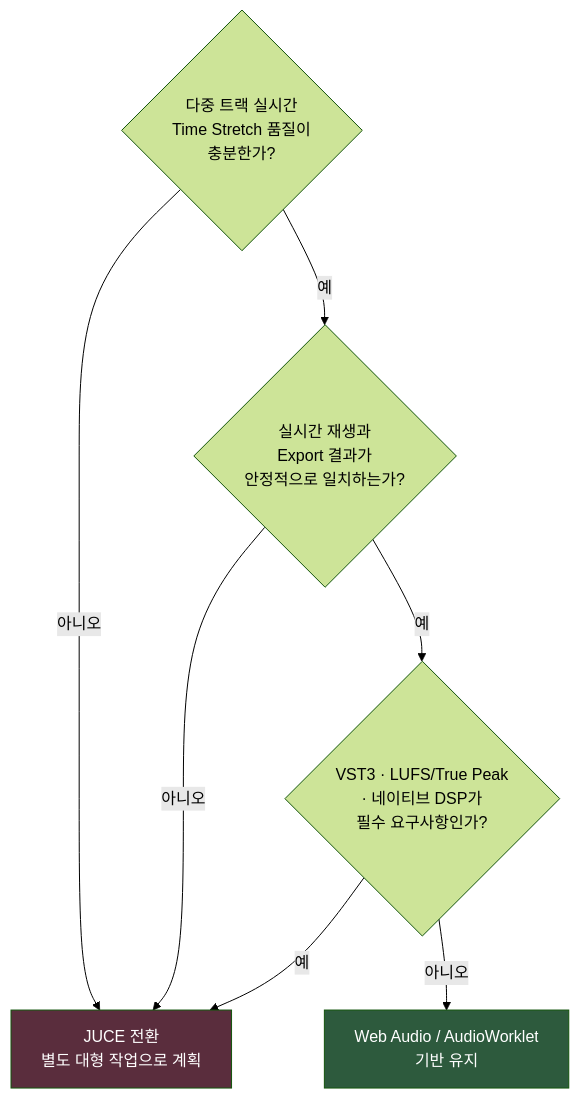
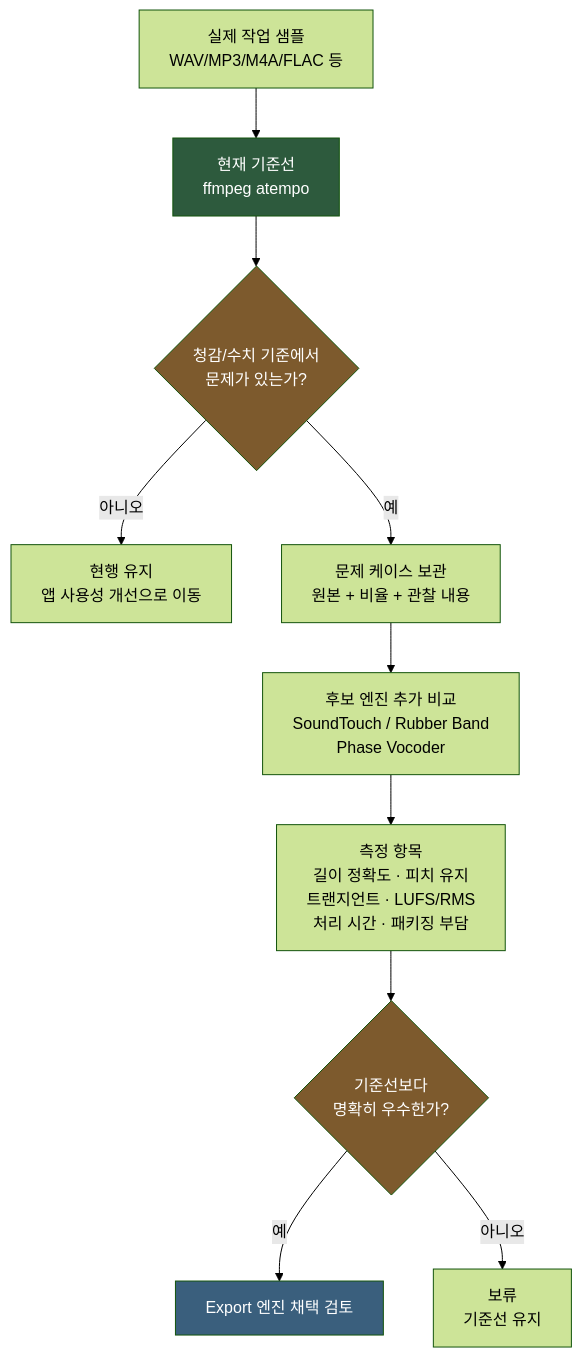
One commit to limsunglyong/FocusDAW-Studio changed the third of 6 diagrams in 개발-프로세스.md. Above: the diagram before and after it, drawn with Mermaid (forest theme). The commit also changed other lines of this file and 14 other files, not shown here.

Commit message:
v1.2.40-time stretch 추가

````diff
--- a/개발-프로세스.md
+++ b/개발-프로세스.md
@@ -98,19 +114,25 @@
 ```mermaid
 flowchart TD
-    Q1{다중 트랙 실시간<br/>Time Stretch 품질이<br/>충분한가?}
-    Q2{실시간 재생과<br/>Export 결과가<br/>안정적으로 일치하는가?}
-    Q3{VST3 · LUFS/True Peak<br/>· 네이티브 DSP가<br/>필수 요구사항인가?}
+    INPUT[실제 작업 샘플<br/>WAV/MP3/M4A/FLAC 등]
+    ATEMPO[현재 기준선<br/>ffmpeg atempo]
+    CHECK{청감/수치 기준에서<br/>문제가 있는가?}
 
-    KEEP[Web Audio / AudioWorklet<br/>기반 유지]
-    JUCE[JUCE 전환<br/>별도 대형 작업으로 계획]
+    OK[현행 유지<br/>앱 사용성 개선으로 이동]
+    CASES[문제 케이스 보관<br/>원본 + 비율 + 관찰 내용]
+    CANDIDATES[후보 엔진 추가 비교<br/>SoundTouch / Rubber Band<br/>Phase Vocoder]
+    SCORE[측정 항목<br/>길이 정확도 · 피치 유지<br/>트랜지언트 · LUFS/RMS<br/>처리 시간 · 패키징 부담]
+    DECIDE{기준선보다<br/>명확히 우수한가?}
+    ADOPT[Export 엔진 채택 검토]
+    REJECT[보류<br/>기준선 유지]
 
-    Q1 -->|예| Q2
-    Q1 -->|아니오| JUCE
-    Q2 -->|예| Q3
-    Q2 -->|아니오| JUCE
-    Q3 -->|예| JUCE
-    Q3 -->|아니오| KEEP
+    INPUT --> ATEMPO --> CHECK
+    CHECK -->|아니오| OK
+    CHECK -->|예| CASES --> CANDIDATES --> SCORE --> DECIDE
+    DECIDE -->|예| ADOPT
+    DECIDE -->|아니오| REJECT
 
-    style JUCE fill:#5a2d3d,color:#fff
-    style KEEP fill:#2d5a3d,color:#fff
+    style ATEMPO fill:#2d5a3d,color:#fff
+    style CHECK fill:#7d5a2d,color:#fff
+    style DECIDE fill:#7d5a2d,color:#fff
+    style ADOPT fill:#3a5f7d,color:#fff
 ```
````
